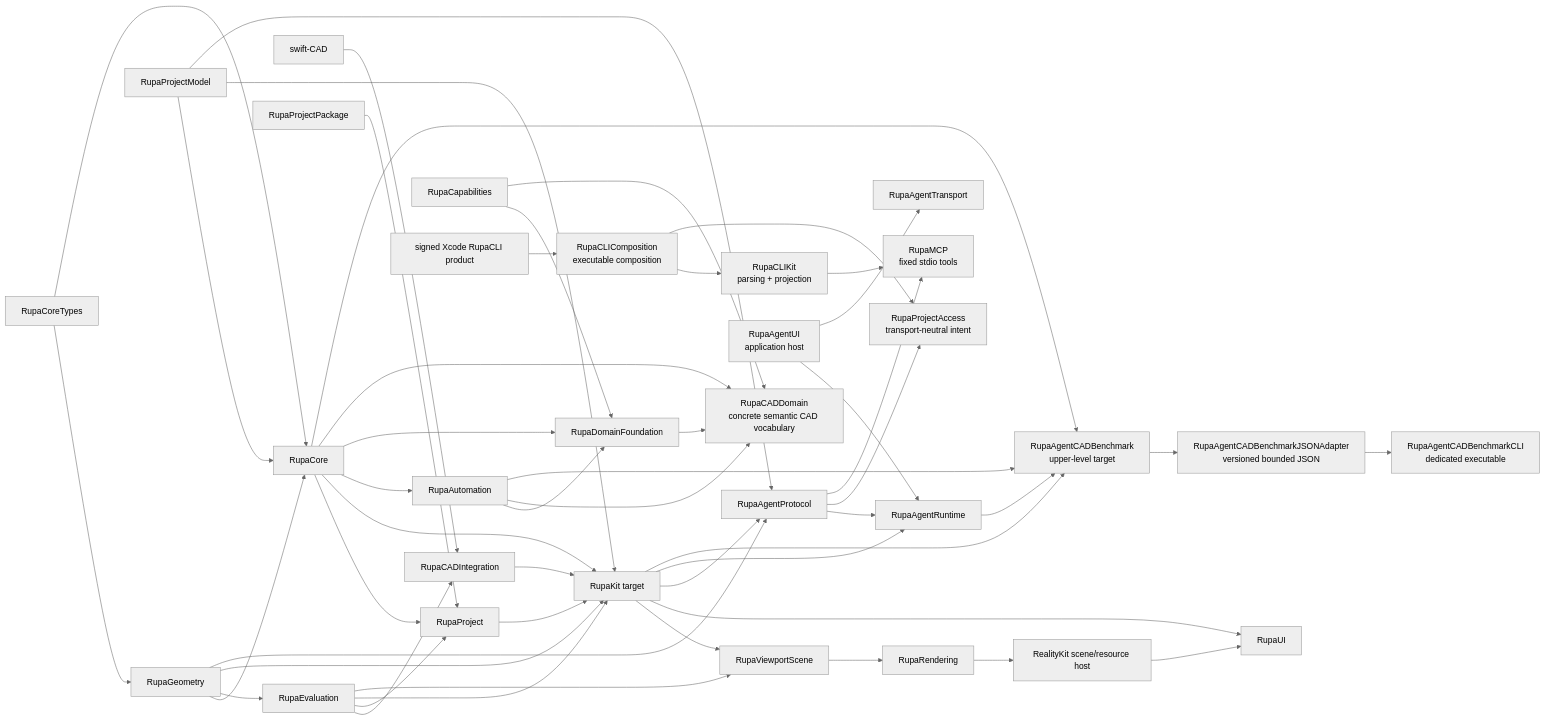
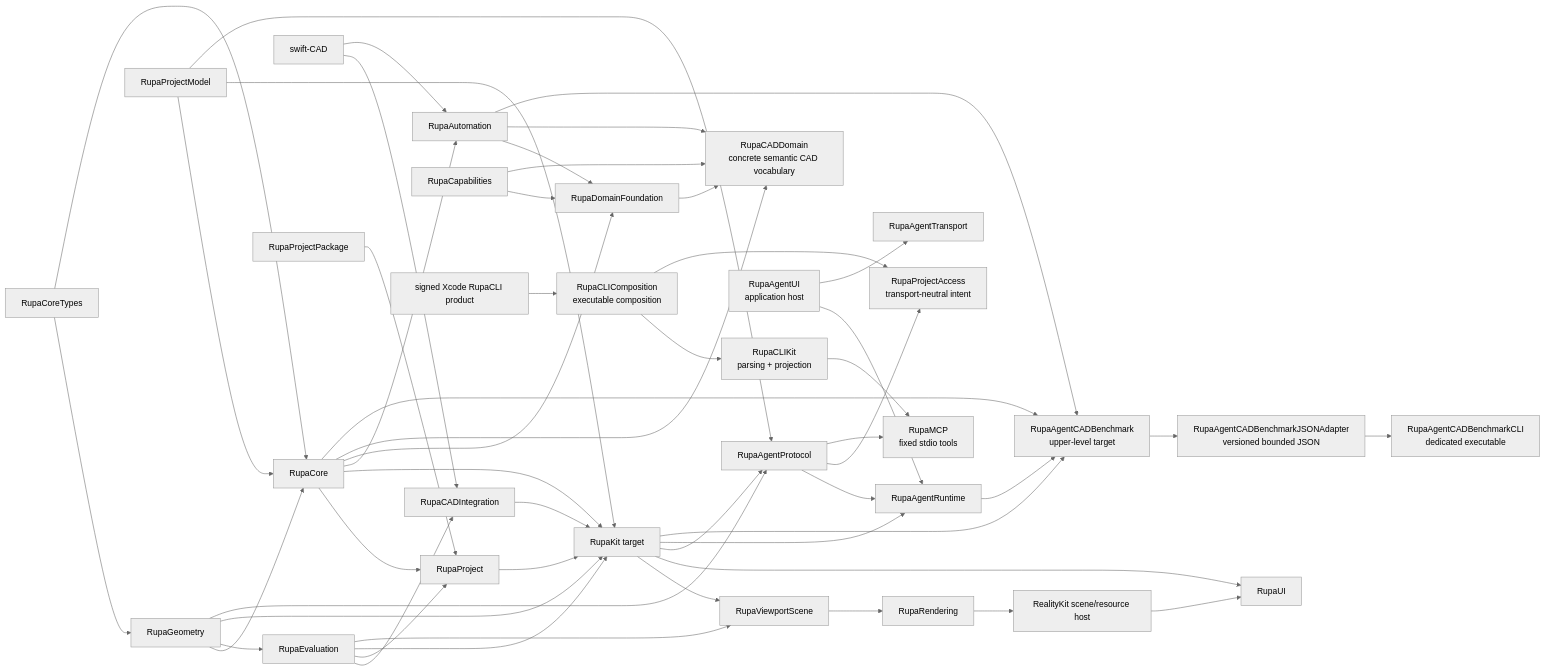
One commit to 1amageek/Rupa changed the first of 2 diagrams in RupaKit/DESIGN.md. Above: the diagram before and after it, drawn with Mermaid (neutral theme). The commit also changed other lines of this file and 181 other files, not shown here.

````diff
--- a/RupaKit/DESIGN.md
+++ b/RupaKit/DESIGN.md
@@ -120,52 +120,53 @@
 ```mermaid
 flowchart LR
     CoreTypes[RupaCoreTypes] --> Geometry[RupaGeometry]
     CoreTypes --> Core[RupaCore]
     Geometry --> Core
     ProjectModel[RupaProjectModel] --> Core
     SwiftCAD[swift-CAD] --> CADIntegration[RupaCADIntegration]
     Evaluation[RupaEvaluation] --> CADIntegration
     CADIntegration --> Kit
     Core --> Project[RupaProject]
     Evaluation --> Project
     Package[RupaProjectPackage] --> Project
     Geometry --> Evaluation
     Project --> Kit[RupaKit target]
     Core --> Kit
     Geometry --> Kit
     ProjectModel --> Kit
     Evaluation --> Kit
     Evaluation --> ViewportScene[RupaViewportScene]
     Kit --> ViewportScene
     ViewportScene --> Rendering[RupaRendering]
     Rendering --> RealityViewport["RealityKit scene/resource host"]
     RealityViewport --> UI
     Kit --> UI["RupaUI"]
     Kit --> AgentProtocol[RupaAgentProtocol]
     Geometry --> AgentProtocol
     ProjectModel --> AgentProtocol
     Automation[RupaAutomation] --> DomainFoundation[RupaDomainFoundation]
     Core --> Automation
+    SwiftCAD --> Automation
     Core --> DomainFoundation
     Capabilities[RupaCapabilities] --> DomainFoundation
     DomainFoundation --> CADDomain["RupaCADDomain\nconcrete semantic CAD vocabulary"]
     Automation --> CADDomain
     Core --> CADDomain
     Capabilities --> CADDomain
     AgentProtocol --> AgentRuntime[RupaAgentRuntime]
     Kit --> AgentRuntime
     AgentUI[RupaAgentUI\napplication host] --> AgentRuntime
     AgentUI --> AgentTransport[RupaAgentTransport]
     AgentRuntime --> Benchmark["RupaAgentCADBenchmark\nupper-level target"]
     Core --> Benchmark
     Automation --> Benchmark
     Kit --> Benchmark
     Benchmark --> JSONAdapter["RupaAgentCADBenchmarkJSONAdapter\nversioned bounded JSON"]
     JSONAdapter --> BenchmarkCLI["RupaAgentCADBenchmarkCLI\ndedicated executable"]
     AgentProtocol --> Access["RupaProjectAccess\ntransport-neutral intent"]
     AgentProtocol --> MCP["RupaMCP\nfixed stdio tools"]
     CLIProduct["signed Xcode RupaCLI product"] --> CLIComposition["RupaCLIComposition\nexecutable composition"]
     CLIComposition --> CLIKit["RupaCLIKit\nparsing + projection"]
     CLIKit --> MCP
     CLIComposition --> Access
 ```
````
